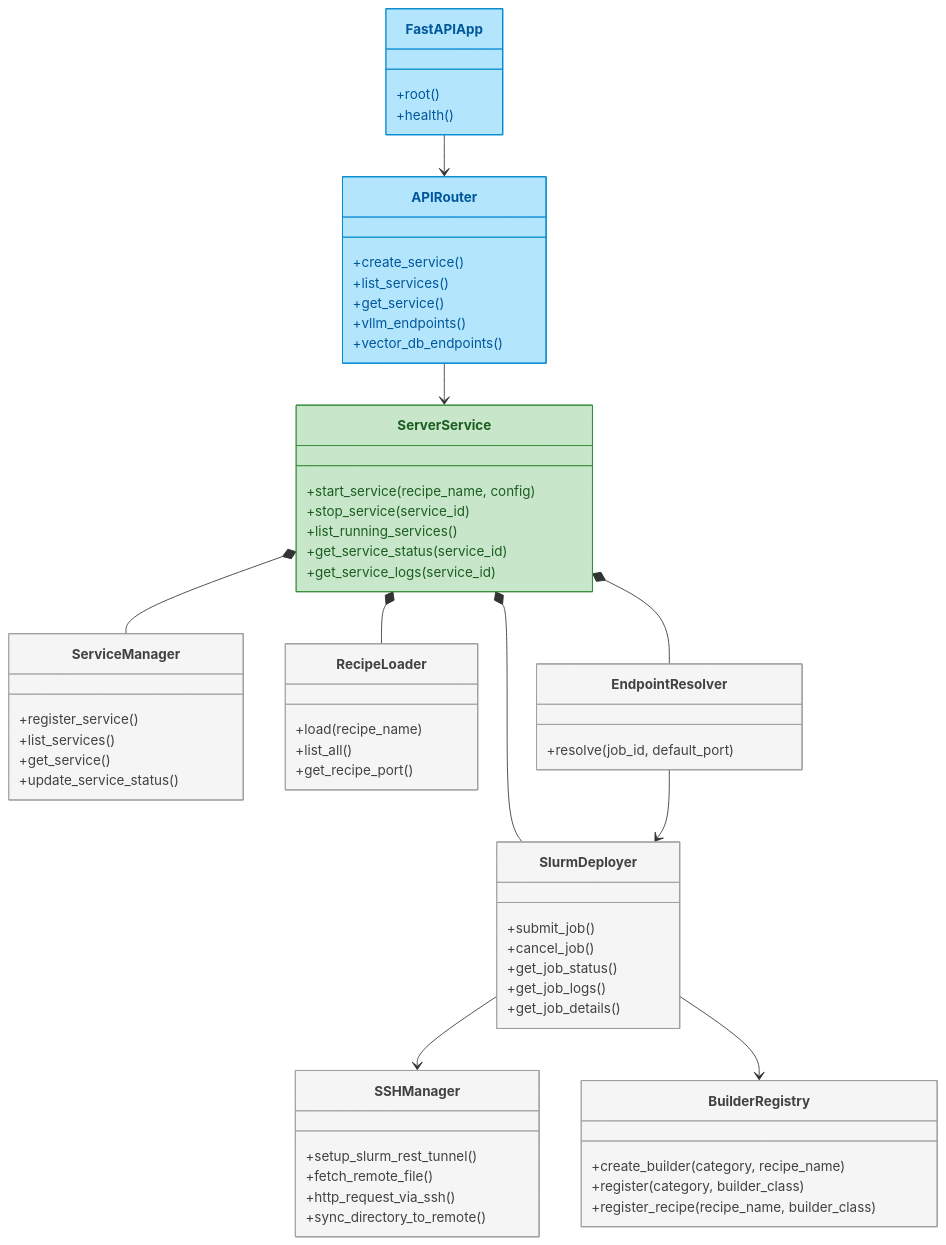
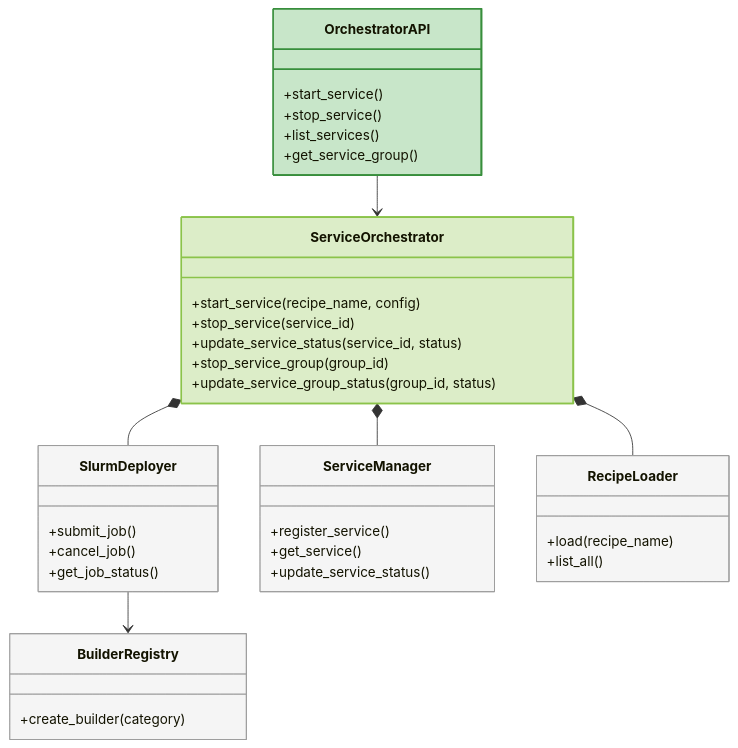
One commit to GiacomoPauletti/Benchmarking-AI-Factories changed the third of 5 diagrams in docs-src/services/server.md. Above: the diagram before and after it, drawn with Mermaid. The commit also changed other lines of this file and 1 other file, not shown here.

Commit message:
Updated docs given the new server architecture

````diff
--- a/docs-src/services/server.md
+++ b/docs-src/services/server.md
@@ -27,85 +128,48 @@
 ```mermaid
 classDiagram
-%% =========================================
-%% Groups / Layers
-%% =========================================
-class FastAPIApp:::api {
-    +root()
-    +health()
-}
-
-class APIRouter:::api {
-    +create_service()
-    +list_services()
-    +get_service()
-    +vllm_endpoints()
-    +vector_db_endpoints()
-}
-
-class ServerService:::core {
-    +start_service(recipe_name, config)
-    +stop_service(service_id)
-    +list_running_services()
-    +get_service_status(service_id)
-    +get_service_logs(service_id)
-}
-
-class SlurmDeployer:::infra {
-    +submit_job()
-    +cancel_job()
-    +get_job_status()
-    +get_job_logs()
-    +get_job_details()
-}
-
-class SSHManager:::infra {
-    +setup_slurm_rest_tunnel()
-    +fetch_remote_file()
-    +http_request_via_ssh()
-    +sync_directory_to_remote()
-}
-
-class ServiceManager:::infra {
-    +register_service()
-    +list_services()
-    +get_service()
-    +update_service_status()
-}
-
-class RecipeLoader:::infra {
-    +load(recipe_name)
-    +list_all()
-    +get_recipe_port()
-}
-
-class EndpointResolver:::infra {
-    +resolve(job_id, default_port)
-}
-
-class BuilderRegistry:::infra {
-    +create_builder(category, recipe_name)
-    +register(category, builder_class)
-    +register_recipe(recipe_name, builder_class)
-}
-
-%% =========================================
-%% Main Relationships
-%% =========================================
-FastAPIApp --> APIRouter
-APIRouter --> ServerService
-ServerService *-- SlurmDeployer
-ServerService *-- ServiceManager
-ServerService *-- RecipeLoader
-ServerService *-- EndpointResolver
-SlurmDeployer --> SSHManager
-SlurmDeployer --> BuilderRegistry
-EndpointResolver --> SlurmDeployer
-
-%% =========================================
-%% Styling
-%% =========================================
-classDef api fill:#B3E5FC,stroke:#0288D1,stroke-width:1px,color:#01579B
-classDef core fill:#C8E6C9,stroke:#388E3C,stroke-width:1px,color:#1B5E20
-classDef infra fill:#F5F5F5,stroke:#9E9E9E,stroke-width:1px,color:#424242
-
+    class OrchestratorAPI:::api {
+        +start_service()
+        +stop_service()
+        +list_services()
+        +get_service_group()
+    }
+    
+    class ServiceOrchestrator:::core {
+        +start_service(recipe_name, config)
+        +stop_service(service_id)
+        +update_service_status(service_id, status)
+        +stop_service_group(group_id)
+        +update_service_group_status(group_id, status)
+    }
+    
+    class SlurmDeployer:::infra {
+        +submit_job()
+        +cancel_job()
+        +get_job_status()
+    }
+    
+    class ServiceManager:::infra {
+        +register_service()
+        +get_service()
+        +update_service_status()
+    }
+    
+    class RecipeLoader:::infra {
+        +load(recipe_name)
+        +list_all()
+    }
+    
+    class BuilderRegistry:::infra {
+        +create_builder(category)
+    }
+    
+    OrchestratorAPI --> ServiceOrchestrator
+    ServiceOrchestrator *-- SlurmDeployer
+    ServiceOrchestrator *-- ServiceManager
+    ServiceOrchestrator *-- RecipeLoader
+    SlurmDeployer --> BuilderRegistry
+    
+    classDef api fill:#C8E6C9,stroke:#388E3C,stroke-width:2px
+    classDef core fill:#DCEDC8,stroke:#8BC34A,stroke-width:2px
+    classDef infra fill:#F5F5F5,stroke:#9E9E9E,stroke-width:1px
 ```
````
